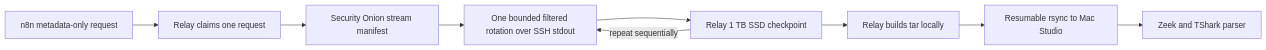
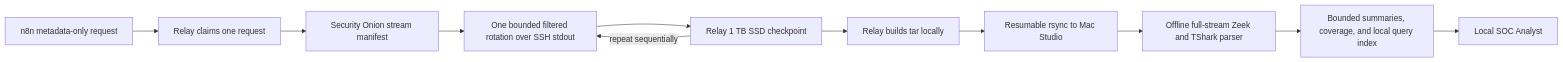
Before and after one commit to ArronJablonowski/OnionSentinel: the fourth of 6 diagrams in docs/security-onion-relay-architecture.md, drawn with Mermaid. The commit also changed other lines of this file and 104 other files, not shown here.

````diff
--- a/docs/security-onion-relay-architecture.md
+++ b/docs/security-onion-relay-architecture.md
@@ -196,11 +196,13 @@
 ```mermaid
 flowchart LR
   Q["n8n metadata-only request"] --> R["Relay claims one request"]
   R --> M["Security Onion stream manifest"]
   M --> C["One bounded filtered rotation over SSH stdout"]
   C --> S["Relay 1 TB SSD checkpoint"]
   S -->|"repeat sequentially"| C
   S --> T["Relay builds tar locally"]
   T --> X["Resumable rsync to Mac Studio"]
-  X --> P["Zeek and TShark parser"]
+  X --> P["Offline full-stream Zeek and TShark parser"]
+  P --> E["Bounded summaries, coverage, and local query index"]
+  E --> A["Local SOC Analyst"]
 ```
````
